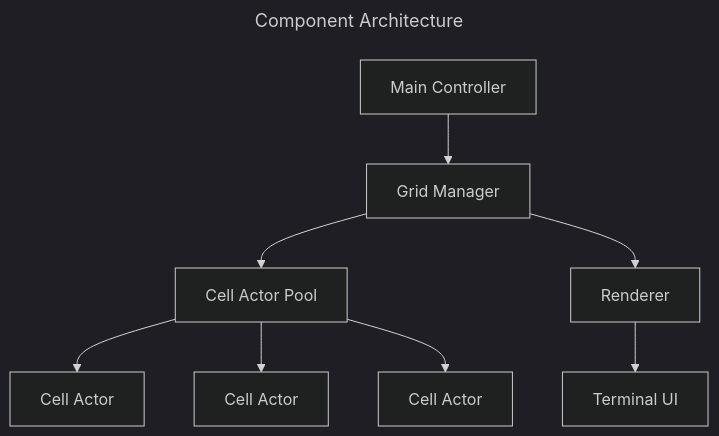
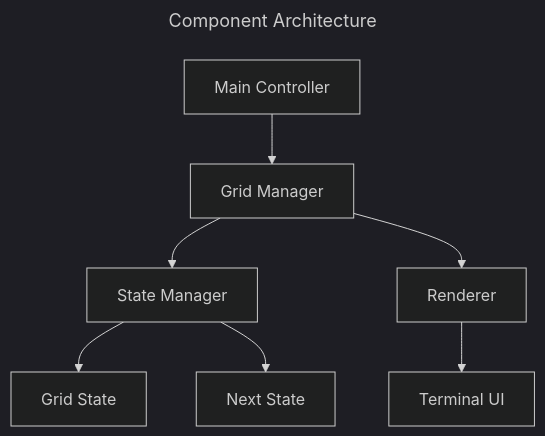
One commit to dewe/py-gol changed the first of 2 diagrams in docs/requirements.md. Above: the diagram before and after it, drawn with Mermaid (dark theme). The commit also changed other lines of this file and 1 other file, not shown here.

Commit message:
docs: update documentation to reflect pure functional architecture

````diff
--- a/docs/requirements.md
+++ b/docs/requirements.md
@@ -73,13 +73,12 @@
 ```mermaid
 ---
 title: Component Architecture
 ---
 graph TD
     A[Main Controller] --> B[Grid Manager]
-    B --> C[Cell Actor Pool]
+    B --> C[State Manager]
     B --> D[Renderer]
-    C --> E[Cell Actor]
-    C --> F[Cell Actor]
-    C --> G[Cell Actor]
+    C --> E[Grid State]
+    C --> F[Next State]
     D --> H[Terminal UI]
 ```
````
